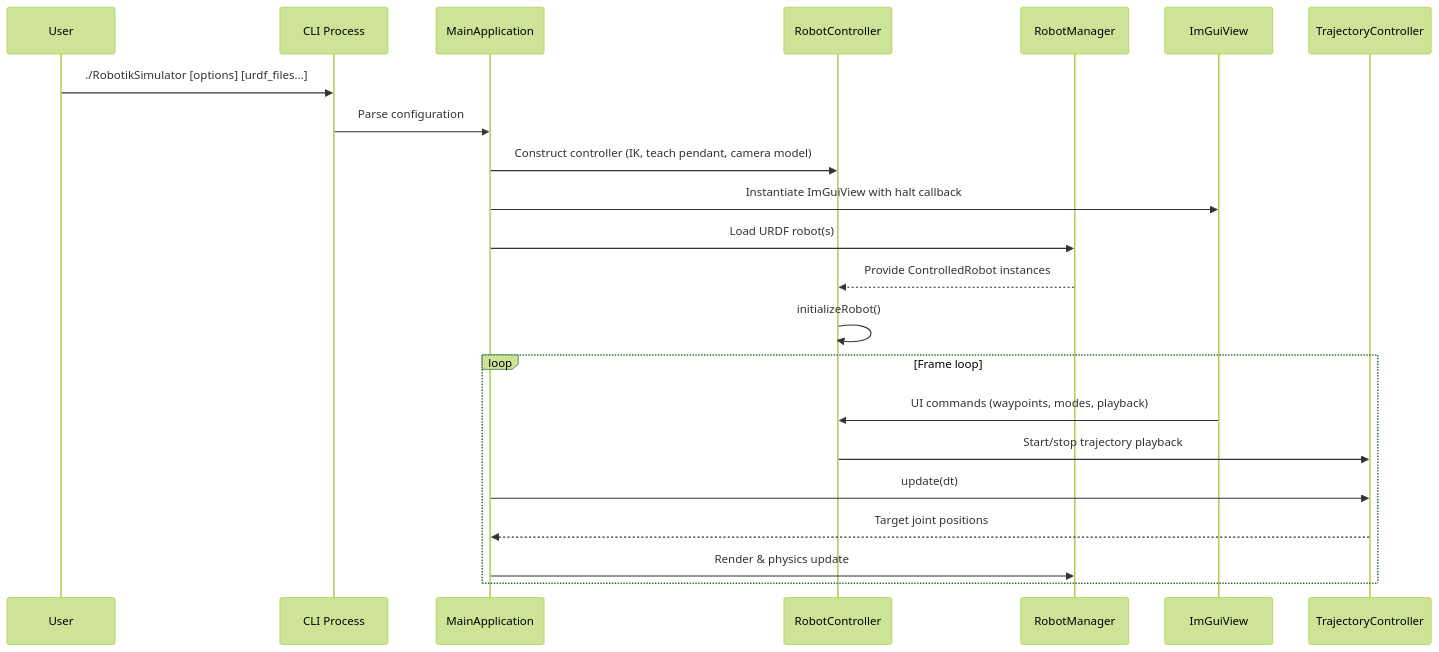
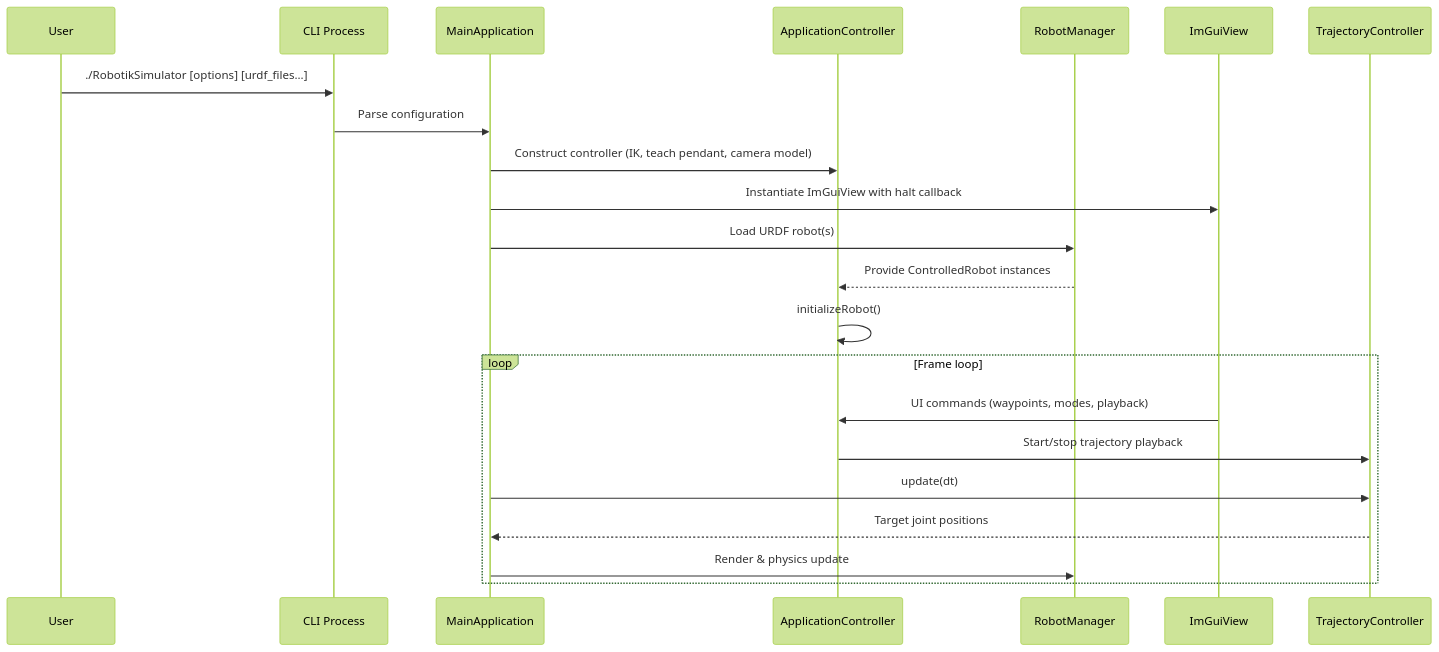
Before and after one commit to Lecrapouille/Robotik: the second of 2 diagrams in src/Applications/README.md, drawn with Mermaid (forest theme). The commit also changed other lines of this file and 12 other files, not shown here.

````diff
--- a/src/Applications/README.md
+++ b/src/Applications/README.md
@@ -44,25 +44,25 @@
 ```mermaid
 sequenceDiagram
     participant User
     participant CLI as CLI Process
     participant MainApp as MainApplication
-    participant Ctrl as RobotController
+    participant Ctrl as ApplicationController
     participant RobotMgr as RobotManager
     participant View as ImGuiView
     participant Traj as TrajectoryController
 
     User->>CLI: ./RobotikSimulator [options] [urdf_files...]
     CLI->>MainApp: Parse configuration
     MainApp->>Ctrl: Construct controller (IK, teach pendant, camera model)
     MainApp->>View: Instantiate ImGuiView with halt callback
     MainApp->>RobotMgr: Load URDF robot(s)
     RobotMgr-->>Ctrl: Provide ControlledRobot instances
     Ctrl->>Ctrl: initializeRobot()
     loop Frame loop
         View->>Ctrl: UI commands (waypoints, modes, playback)
         Ctrl->>Traj: Start/stop trajectory playback
         MainApp->>Traj: update(dt)
         Traj-->>MainApp: Target joint positions
         MainApp->>RobotMgr: Render & physics update
     end
 ```
````
